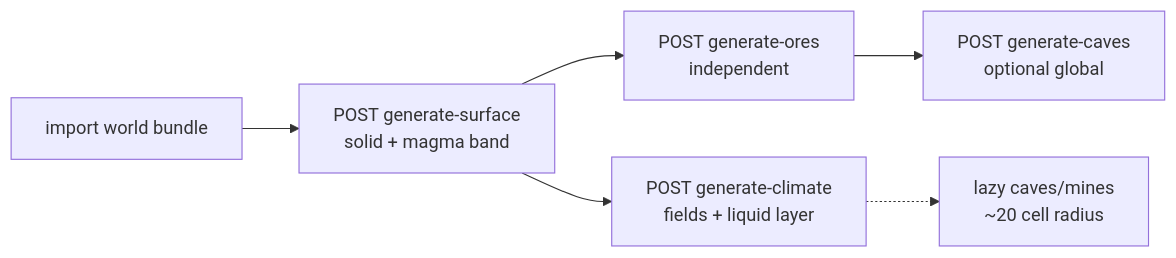
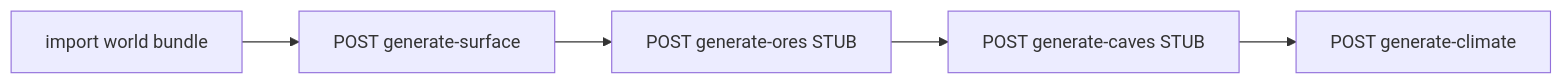
Before and after one commit to AndrewBondaren/AI-Project: the fourth of 7 diagrams in docs/tz_terrain_generation.md, drawn with Mermaid. The commit also changed other lines of this file and 8 other files, not shown here.

````diff
--- a/docs/tz_terrain_generation.md
+++ b/docs/tz_terrain_generation.md
@@ -279,15 +294,10 @@
 ```mermaid
 flowchart LR
   IMP[import world bundle]
-  S["POST generate-surface\nsolid + magma band"]
-  O["POST generate-ores\nindependent"]
-  C["POST generate-caves\noptional global"]
-  CL["POST generate-climate\nfields + liquid layer"]
-  LZ["lazy caves/mines\n~20 cell radius"]
+  S["POST generate-surface"]
+  O["POST generate-ores STUB"]
+  C["POST generate-caves STUB"]
+  CL["POST generate-climate"]
 
-  IMP --> S
-  S --> O
-  O --> C
-  S --> CL
-  CL -.-> LZ
+  IMP --> S --> O --> C --> CL
 ```
````
